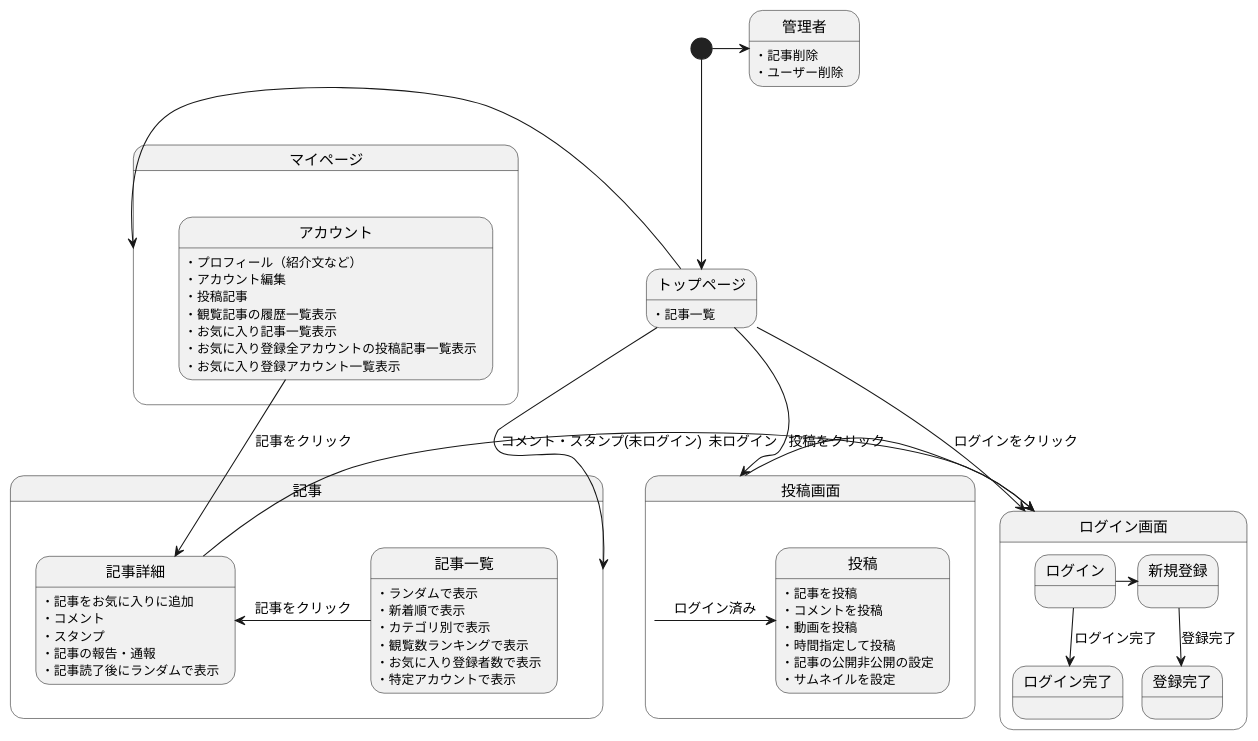
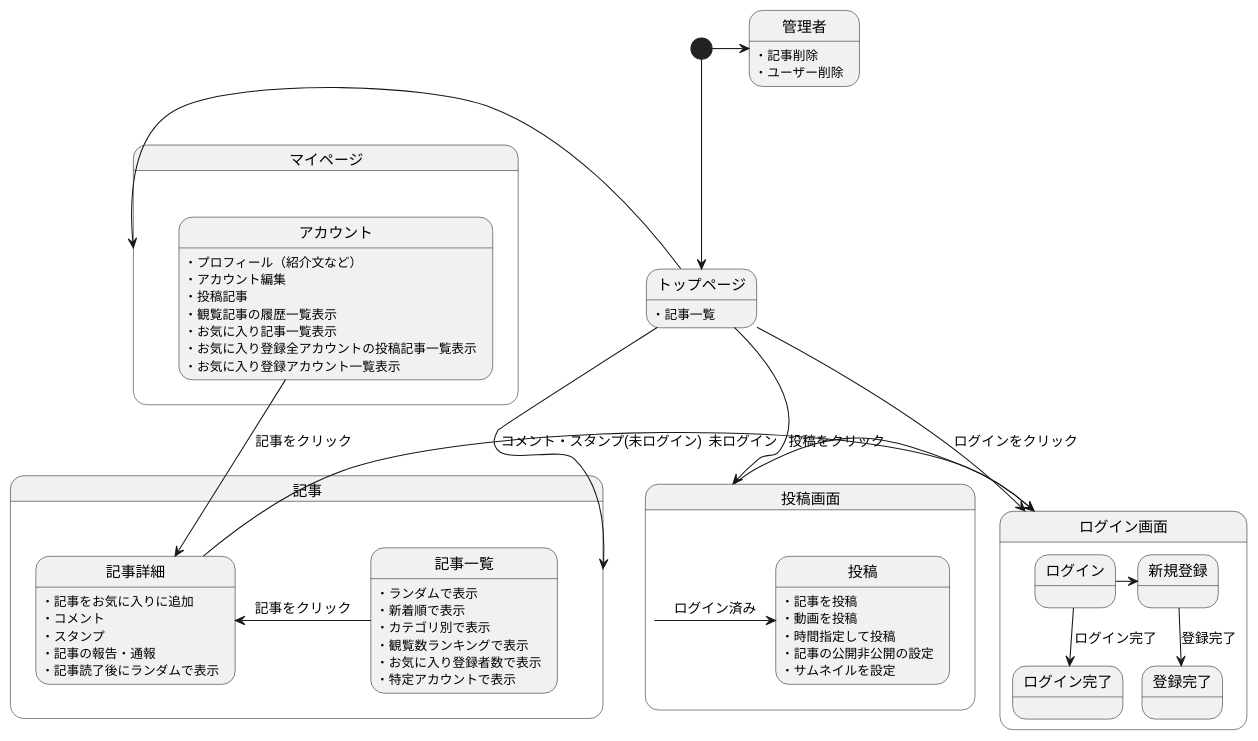
One commit to Aso2001001/2022System changed the diagram in 後期画面遷移.md. Above: the diagram before and after it, drawn with PlantUML.

````diff
--- a/後期画面遷移.md
+++ b/後期画面遷移.md
@@ -1,74 +1,73 @@
 ```uml
 @startuml
 [*] --> トップページ
 
 
 トップページ -down-> 記事
 トップページ -> マイページ
 トップページ -> 投稿画面 : 投稿をクリック
 
 トップページ:・記事一覧
 
 トップページ -> ログイン画面 : ログインをクリック
 
 
 state ログイン画面{
 ログイン -> 新規登録
 ログイン -down-> ログイン完了 : ログイン完了
 新規登録 -down-> 登録完了 : 登録完了
 }
 
 state 記事{
 記事一覧 -left-> 記事詳細 : 記事をクリック
 記事詳細 -> ログイン画面 :コメント・スタンプ(未ログイン)
 
 記事一覧:・ランダムで表示
 記事一覧:・新着順で表示
 記事一覧:・カテゴリ別で表示
 記事一覧:・観覧数ランキングで表示
 記事一覧:・お気に入り登録者数で表示
 記事一覧:・特定アカウントで表示
 
 記事詳細:・記事をお気に入りに追加
 記事詳細:・コメント
 記事詳細:・スタンプ
 記事詳細:・記事の報告・通報
 記事詳細:・記事読了後にランダムで表示
 
 }
 
 state 投稿画面{
 投稿画面 -> ログイン画面 : 未ログイン
 投稿画面 -> 投稿 : ログイン済み
 
 投稿:・記事を投稿
-投稿:・コメントを投稿
 投稿:・動画を投稿
 投稿:・時間指定して投稿
 投稿:・記事の公開非公開の設定
 投稿:・サムネイルを設定
 
 }
 
 state マイページ{
 
 アカウント -> 記事詳細 : 記事をクリック
 
 アカウント:・プロフィール（紹介文など）
 アカウント:・アカウント編集
 アカウント:・投稿記事
 アカウント:・観覧記事の履歴一覧表示
 アカウント:・お気に入り記事一覧表示
 アカウント:・お気に入り登録全アカウントの投稿記事一覧表示
 アカウント:・お気に入り登録アカウント一覧表示
 
 }
 
 
 [*] -right-> 管理者
 管理者:・記事削除
 管理者:・ユーザー削除
 
 
 @enduml
 ```
````
